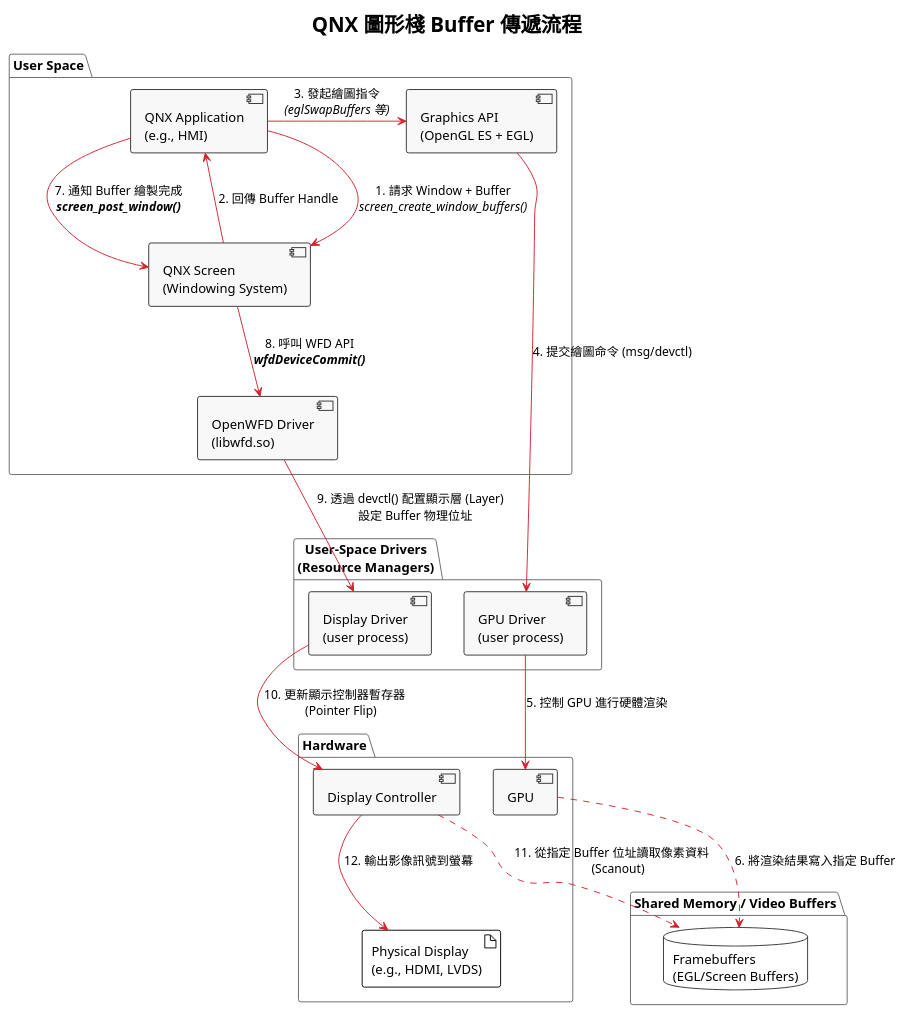
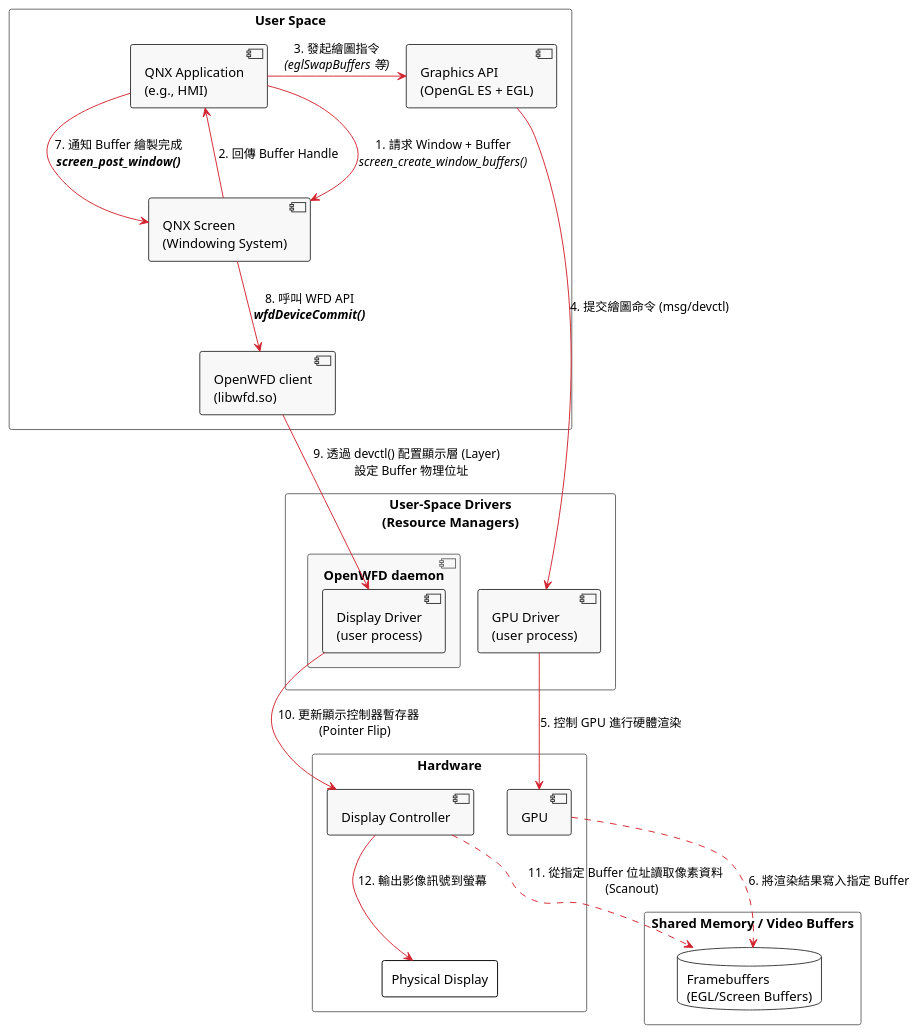
The diagram in static/images/plantuml/qnx-screen-overview.puml (Ethen-Cao/ethenslab), drawn with PlantUML before and after one commit. The commit also changed 10 other files, not shown here.

```diff
--- a/static/images/plantuml/qnx-screen-overview.puml
+++ b/static/images/plantuml/qnx-screen-overview.puml
@@ -1,67 +1,70 @@
 @startuml
 !theme plain
 skinparam defaultFontName "Roboto, sans-serif"
 skinparam defaultFontColor #000000
 skinparam component {
   FontColor #000000
   BorderColor #333333
   BackgroundColor #F8F8F8
   ArrowColor #D2222D
   ArrowFontColor #000000
 }
+
 skinparam package {
   FontColor #000000
   BorderColor #666666
 }
 skinparam database {
     BorderColor #333333
     BackgroundColor #FFFFFF
 }
 
-title QNX 圖形棧 Buffer 傳遞流程
 
-package "User Space" {
+rectangle "User Space" {
   [QNX Application\n(e.g., HMI)] as App
   [QNX Screen\n(Windowing System)] as Screen
   [Graphics API\n(OpenGL ES + EGL)] as GLES
-  [OpenWFD Driver\n(libwfd.so)] as WFD
+  [OpenWFD client\n(libwfd.so)] as WFD
 }
 
-package "User-Space Drivers\n(Resource Managers)" {
+rectangle "User-Space Drivers\n(Resource Managers)" {
+  component "OpenWFD daemon" {
+    [Display Driver\n(user process)] as DisplayDriver
+  }
   [GPU Driver\n(user process)] as GPUDriver
-  [Display Driver\n(user process)] as DisplayDriver
+  
 }
 
-package "Shared Memory / Video Buffers" {
+rectangle "Shared Memory / Video Buffers" {
     database "Framebuffers\n(EGL/Screen Buffers)" as FB
 }
 
-package "Hardware" {
+rectangle "Hardware" {
     [GPU] as GPU
     [Display Controller] as DisplayCtrl
-    artifact "Physical Display\n(e.g., HDMI, LVDS)" as Display
+    rectangle "Physical Display" as Display
 }
 
 ' == Buffer Allocation and Rendering Phase ==
 App -[hidden]down-Screen
 App -> Screen : 1. 請求 Window + Buffer\n//screen_create_window_buffers()//
 Screen -> App : 2. 回傳 Buffer Handle
 
 App -> GLES : 3. 發起繪圖指令\n//(eglSwapBuffers 等)//
 GLES -> GPUDriver : 4. 提交繪圖命令 (msg/devctl)
 GPUDriver -> GPU : 5. 控制 GPU 進行硬體渲染
 GPU ..> FB : 6. 將渲染結果寫入指定 Buffer
 
 ' == Buffer Posting and Display Phase ==
 App -> Screen : 7. 通知 Buffer 繪製完成\n**//screen_post_window()//**
 Screen -[hidden]down-WFD
 Screen -> WFD : 8. 呼叫 WFD API\n**//wfdDeviceCommit()//**
 WFD --> DisplayDriver : 9. 透過 devctl() 配置顯示層 (Layer)\n   設定 Buffer 物理位址
 DisplayDriver -[hidden]down-DisplayCtrl
 DisplayDriver -> DisplayCtrl : 10. 更新顯示控制器暫存器\n    (Pointer Flip)
 
 DisplayCtrl ..> FB : 11. 從指定 Buffer 位址讀取像素資料\n    (Scanout)
 DisplayCtrl -[hidden]down-Display
 DisplayCtrl -> Display : 12. 輸出影像訊號到螢幕
 
 @enduml
```
